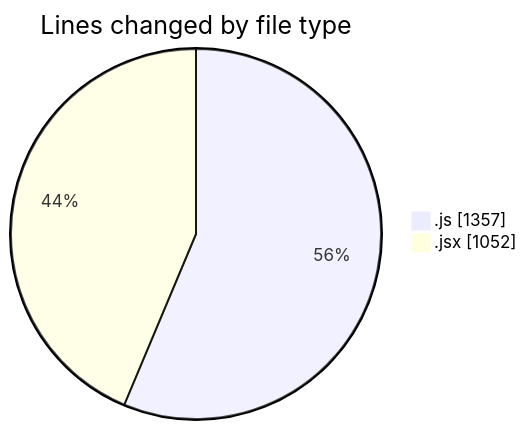
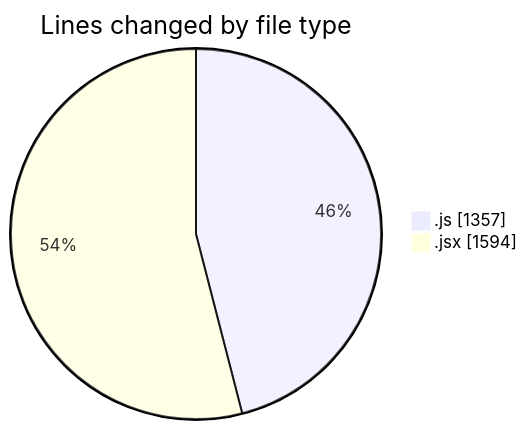
One commit to nxtqubesakshisongat/code-tracking changed the first of 2 diagrams in 2025-08-05/nxtqube_webapp/README.md. Above: the diagram before and after it, drawn with Mermaid. The commit also changed other lines of this file and 1 other file, not shown here.

````diff
--- a/2025-08-05/nxtqube_webapp/README.md
+++ b/2025-08-05/nxtqube_webapp/README.md
@@ -24,6 +25,6 @@
 ```mermaid
 pie showData
 title Lines changed by file type
 ".js" : 1357
-".jsx" : 1052
+".jsx" : 1594
 ```
````
